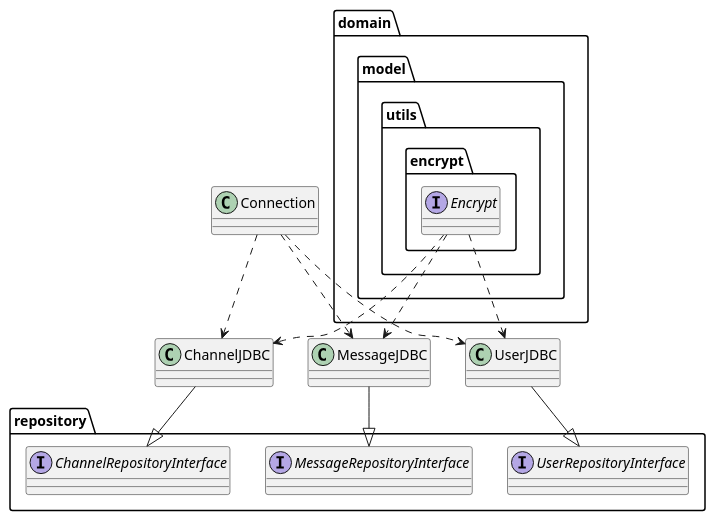
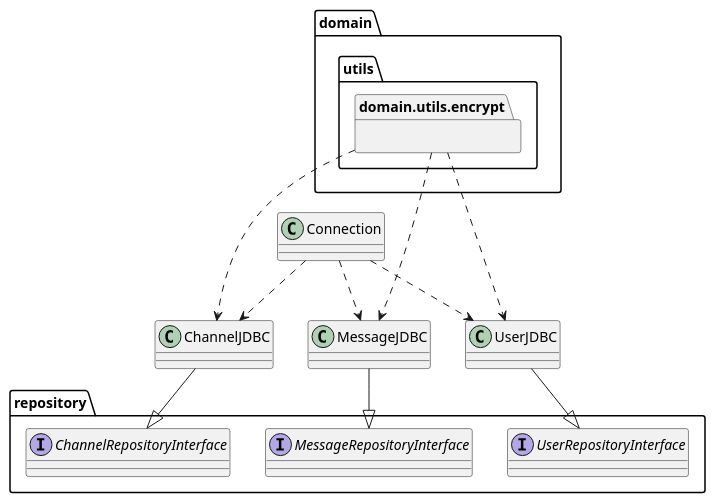
One commit to Brgm37/Multi-user-Instant-Messaging-system changed the diagram in code/jvm/repository_jdbc/src/main/kotlin/jdbc/JdbcUml.puml. Above: the diagram before and after it, drawn with PlantUML. The commit also changed 7 other files, not shown here.

Commit message:
uml implementation.

```diff
--- a/code/jvm/repository_jdbc/src/main/kotlin/jdbc/JdbcUml.puml
+++ b/code/jvm/repository_jdbc/src/main/kotlin/jdbc/JdbcUml.puml
@@ -1,31 +1,29 @@
 @startuml
 
 class ChannelJDBC
 class MessageJDBC
 class UserJDBC
 
-namespace domain.model.utils.encrypt {
-    interface Encrypt
-}
+namespace domain.utils.encrypt {}
 
 namespace repository {
     interface ChannelRepositoryInterface
     interface MessageRepositoryInterface
     interface UserRepositoryInterface
 }
 
 ChannelJDBC --|> repository.ChannelRepositoryInterface
 MessageJDBC --|> repository.MessageRepositoryInterface
 UserJDBC --|> repository.UserRepositoryInterface
 
-Encrypt ..> ChannelJDBC
-Encrypt ..> MessageJDBC
-Encrypt ..> UserJDBC
+domain.utils.encrypt ...> ChannelJDBC
+domain.utils.encrypt ...> MessageJDBC
+domain.utils.encrypt ...> UserJDBC
 
 Connection ..> ChannelJDBC
 Connection ..> MessageJDBC
 Connection ..> UserJDBC
 
 
 
 @enduml
```
